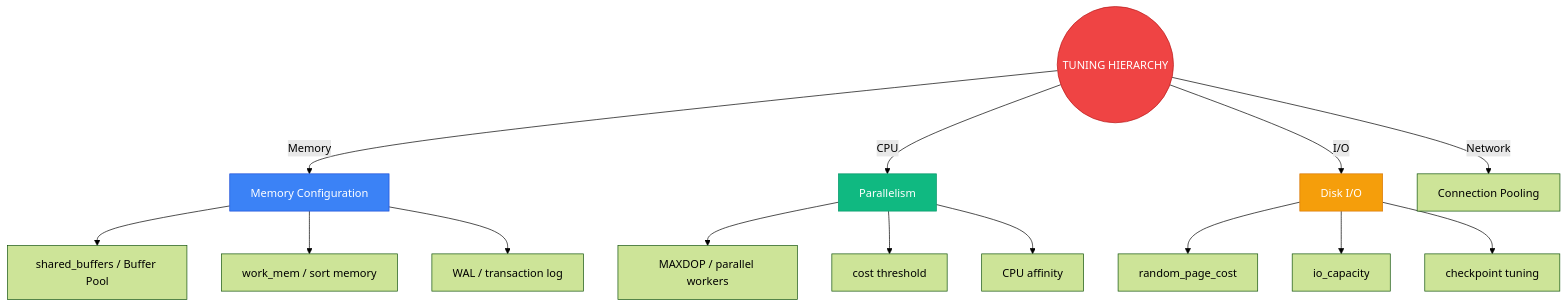
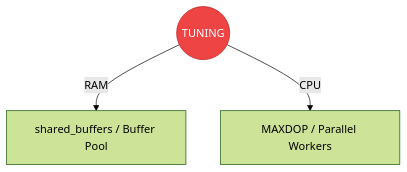
One commit to rraulherediaa/PracticasEstructurasDatos changed the third of 12 diagrams in README.md. Above: the diagram before and after it, drawn with Mermaid (forest theme). The commit also changed other lines of this file and 1 other file, not shown here.

Commit message:
fix: corregir errores léxicos en diagramas Mermaid y estandarizar sintaxis

````diff
--- a/README.md
+++ b/README.md
@@ -626,26 +45,9 @@
 ```mermaid
 flowchart TD
+    Tuning(("TUNING"))
+    Tuning -->|RAM| P1["shared_buffers / Buffer Pool"]
+    Tuning -->|CPU| P2["MAXDOP / Parallel Workers"]
+
     classDef core fill:#ef4444,color:#fff,stroke:#b91c1c
-    classDef memory fill:#3b82f6,color:#fff,stroke:#1d4ed8
-    classDef cpu fill:#10b981,color:#fff,stroke:#059669
-    classDef io fill:#f59e0b,color:#fff,stroke:#d97706
-    
-    Tuning(("TUNING HIERARCHY")):::core
-    
-    Tuning -->|Memory| MEM[Memory Configuration]:::memory
-    Tuning -->|CPU| CPU[Parallelism]:::cpu
-    Tuning -->|I/O| IO[Disk I/O]:::io
-    Tuning -->|Network| NET[Connection Pooling]
-    
-    MEM --> M1[shared_buffers / Buffer Pool]
-    MEM --> M2[work_mem / sort memory]
-    MEM --> M3[WAL / transaction log]
-    
-    CPU --> C1[MAXDOP / parallel workers]
-    CPU --> C2[cost threshold]
-    CPU --> C3[CPU affinity]
-    
-    IO --> I1[random_page_cost]
-    IO --> I2[io_capacity]
-    IO --> I3[checkpoint tuning]
+    class Tuning core
 ```
````
